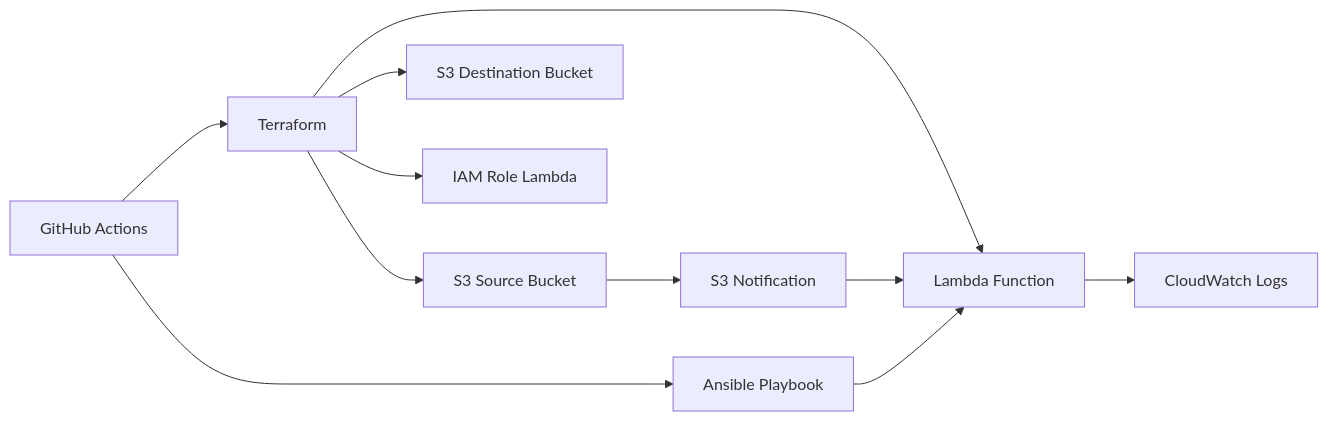
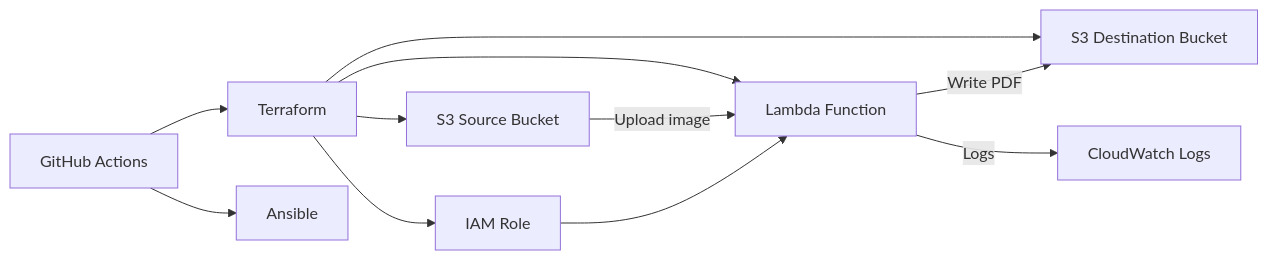
Before and after one commit to arkgl4d/groupe-7-iac: the first of 3 diagrams in README.md, drawn with Mermaid. The commit also changed other lines of this file and 1 other file, not shown here.

````diff
--- a/README.md
+++ b/README.md
@@ -50,13 +42,22 @@
 ```mermaid
 flowchart LR
-  A[GitHub Actions] --> B[Terraform]
-  B --> C[S3 Source Bucket]
-  B --> D[S3 Destination Bucket]
-  B --> E[Lambda Function]
-  B --> F[IAM Role Lambda]
-  E --> G[CloudWatch Logs]
-  C --> H[S3 Notification]
-  H --> E
-  I[Ansible Playbook] --> E
-  A --> I
+  GH[GitHub Actions]
+  TF[Terraform]
+  ANS[Ansible]
+  S3S[S3 Source Bucket]
+  S3D[S3 Destination Bucket]
+  L[Lambda Function]
+  IAM[IAM Role]
+  CW[CloudWatch Logs]
+
+  GH --> TF
+  GH --> ANS
+  TF --> S3S
+  TF --> S3D
+  TF --> L
+  TF --> IAM
+  S3S -->|Upload image| L
+  L -->|Write PDF| S3D
+  L -->|Logs| CW
+  IAM --> L
 ```
````
